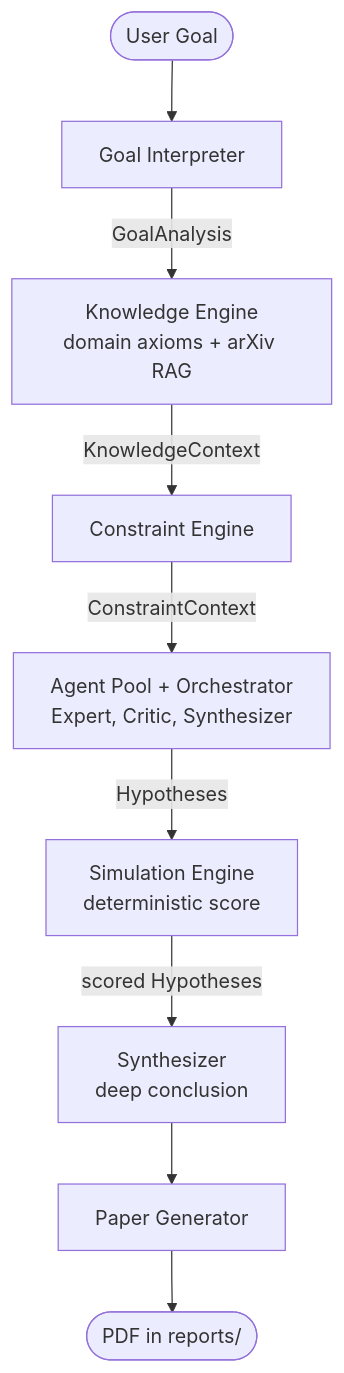
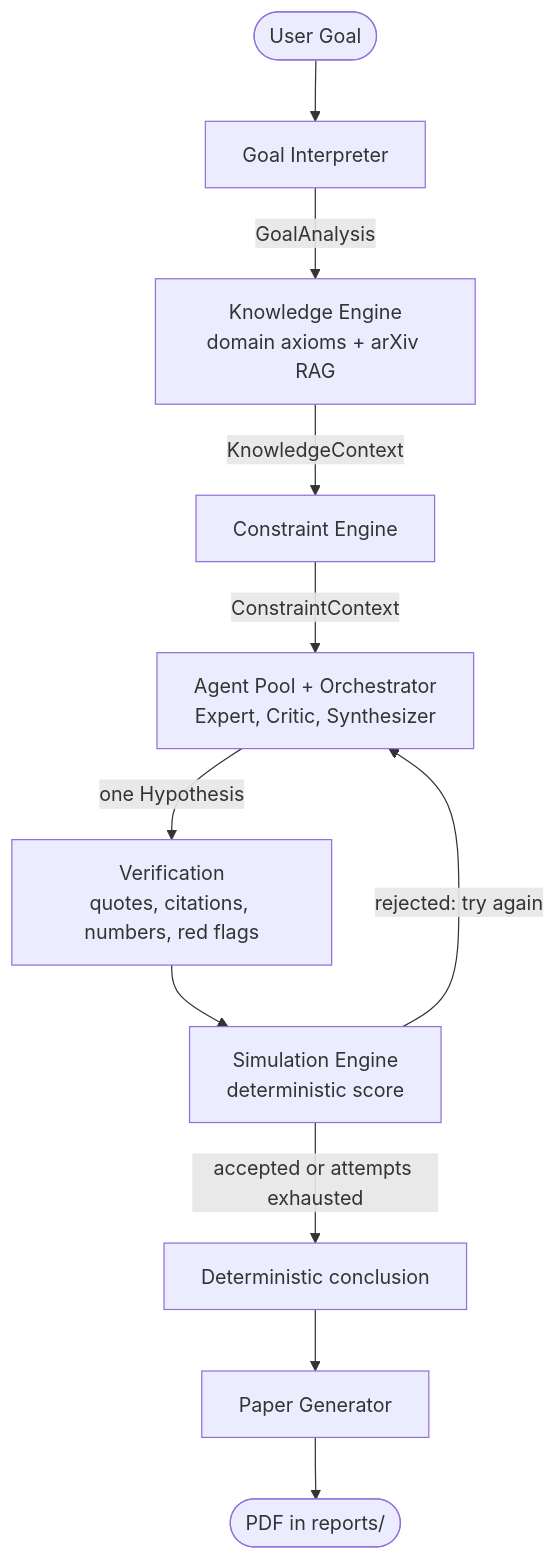
One commit to Erick-Cantagallo/HECE changed the first of 2 diagrams in docs/architecture.md. Above: the diagram before and after it, drawn with Mermaid. The commit also changed other lines of this file and 13 other files, not shown here.

````diff
--- a/docs/architecture.md
+++ b/docs/architecture.md
@@ -8,11 +14,13 @@
 ```mermaid
 flowchart TD
     A([User Goal]) --> B[Goal Interpreter]
     B -->|GoalAnalysis| C[Knowledge Engine<br/>domain axioms + arXiv RAG]
     C -->|KnowledgeContext| D[Constraint Engine]
     D -->|ConstraintContext| E[Agent Pool + Orchestrator<br/>Expert, Critic, Synthesizer]
-    E -->|Hypotheses| F[Simulation Engine<br/>deterministic score]
-    F -->|scored Hypotheses| G[Synthesizer<br/>deep conclusion]
+    E -->|one Hypothesis| V[Verification<br/>quotes, citations, numbers, red flags]
+    V --> F[Simulation Engine<br/>deterministic score]
+    F -->|rejected: try again| E
+    F -->|accepted or attempts exhausted| G[Deterministic conclusion]
     G --> H[Paper Generator]
     H --> I([PDF in reports/])
 ```
````
